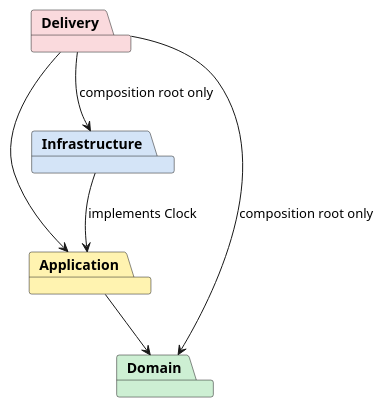
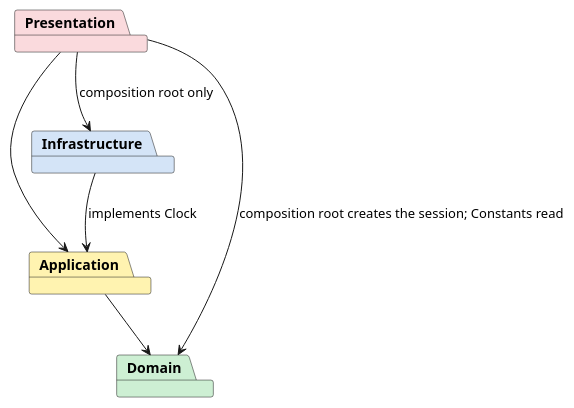
Before and after one commit to Tirsvad-Udemy-100-days-of-code/090-assignment-disappearing-text-writing-app: the second of 2 diagrams in docs/dcd.md, drawn with PlantUML. The commit also changed other lines of this file and 8 other files, not shown here.

Commit message:
Design the Flask presentation layer in the class diagrams (MIL-003)

````diff
--- a/docs/dcd.md
+++ b/docs/dcd.md
@@ -96,13 +118,13 @@
 ```plantuml
 @startuml
-package "Delivery" #FADADD
+package "Presentation" #FADADD
 package "Application" #FFF3B0
 package "Domain" #CDEFD3
 package "Infrastructure" #D4E4F7
-Delivery --> Application
-Delivery --> Domain : composition root only
-Delivery --> Infrastructure : composition root only
+Presentation --> Application
+Presentation --> Domain : composition root creates the session; Constants read
+Presentation --> Infrastructure : composition root only
 Application --> Domain
 Infrastructure --> Application : implements Clock
 @enduml
 ```
````
